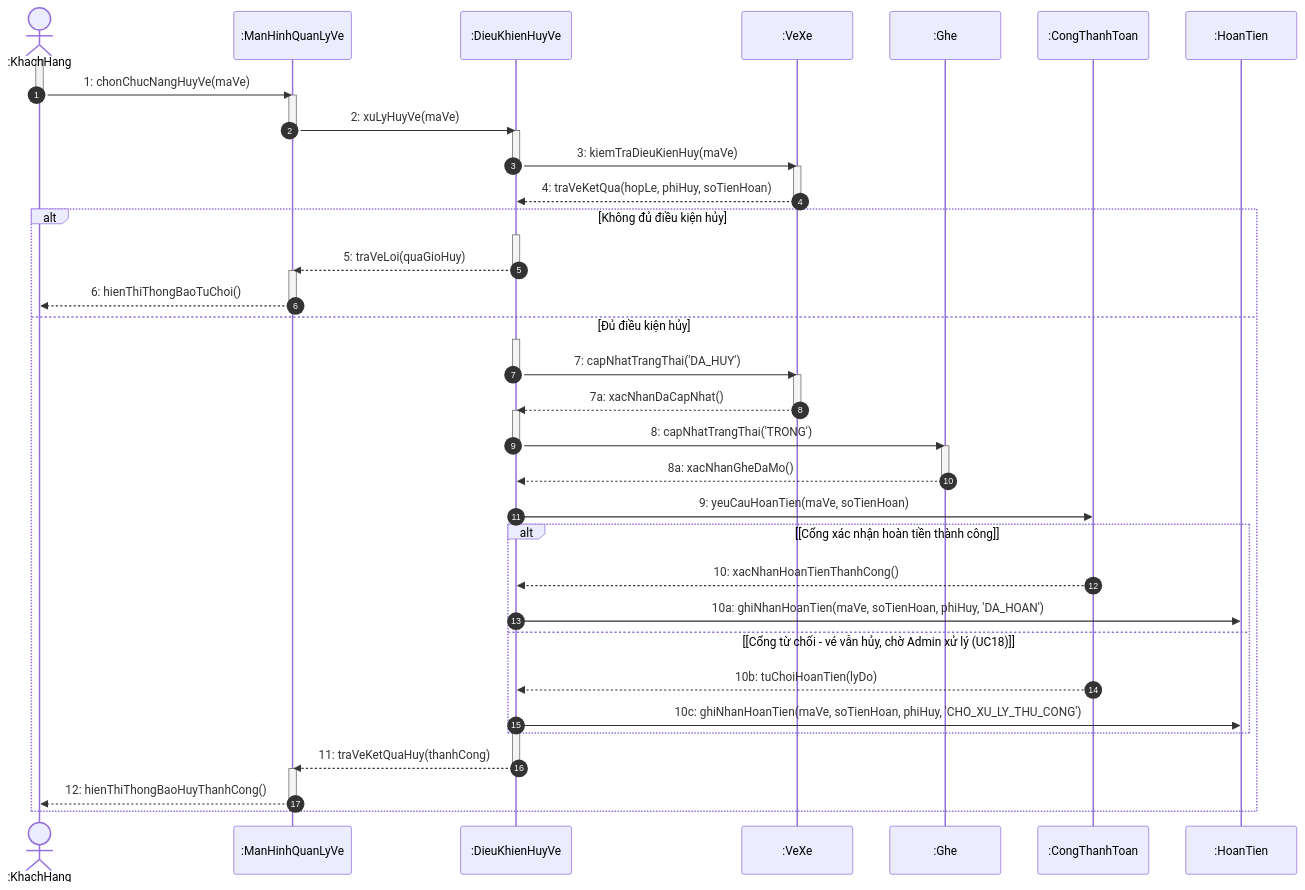
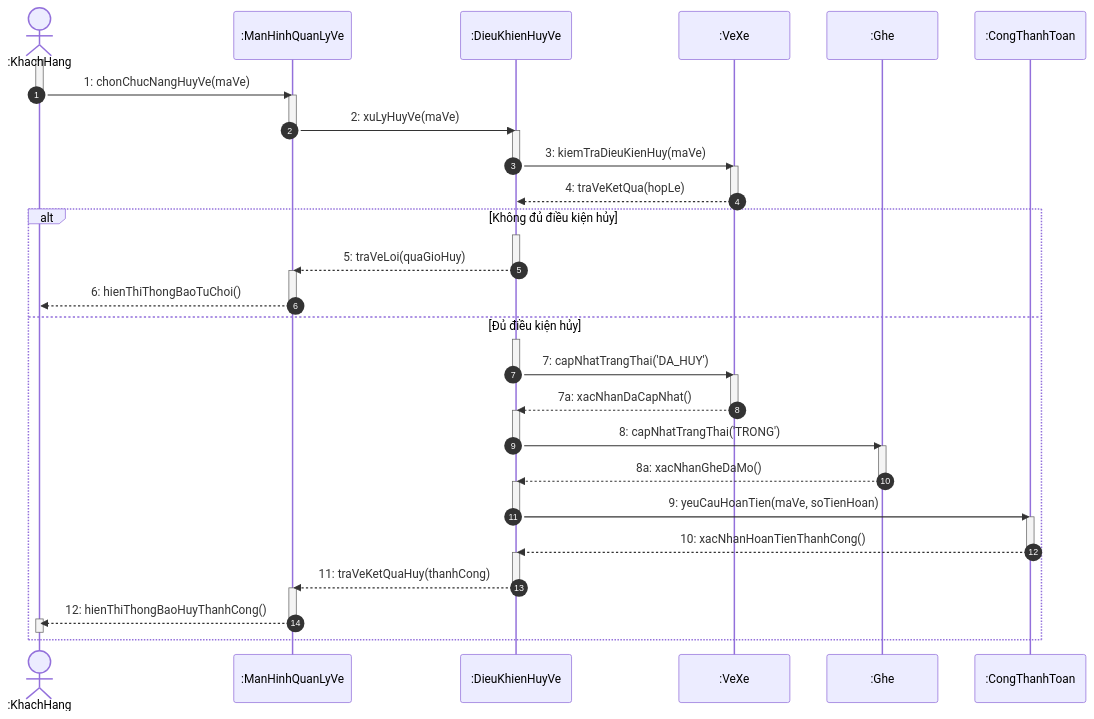
Before and after one commit to Longcodepro/Project_OOAD_HK1_2026-2027: the eighth of 20 diagrams in docs/sequence/Sequence_diagram.md, drawn with Mermaid. The commit also changed other lines of this file, not shown here.

Commit message:
Add 2.18 (UC18) in sequence diagram

````diff
--- a/docs/sequence/Sequence_diagram.md
+++ b/docs/sequence/Sequence_diagram.md
@@ -626,64 +615,63 @@
 ```mermaid
 sequenceDiagram
     autonumber
     actor KH as :KhachHang
     participant MH as :ManHinhQuanLyVe
     participant DK as :DieuKhienHuyVe
     participant VE as :VeXe
     participant GH as :Ghe
     participant CTT as :CongThanhToan
-    participant HT as :HoanTien
 
     activate KH
     KH ->> MH: 1: chonChucNangHuyVe(maVe)
     deactivate KH
     
     activate MH
     MH ->> DK: 2: xuLyHuyVe(maVe)
     deactivate MH
     activate DK
     DK ->> VE: 3: kiemTraDieuKienHuy(maVe)
     deactivate DK
     activate VE
-    VE -->> DK: 4: traVeKetQua(hopLe, phiHuy, soTienHoan)
+    VE -->> DK: 4: traVeKetQua(hopLe)
     deactivate VE
     
     alt Không đủ điều kiện hủy
         activate DK
         DK -->> MH: 5: traVeLoi(quaGioHuy)
         deactivate DK
         activate MH
         MH -->> KH: 6: hienThiThongBaoTuChoi()
         deactivate MH
     else Đủ điều kiện hủy
         activate DK
         DK ->> VE: 7: capNhatTrangThai('DA_HUY')
         deactivate DK
         activate VE
         VE -->> DK: 7a: xacNhanDaCapNhat()
         deactivate VE
 
         activate DK
         DK ->> GH: 8: capNhatTrangThai('TRONG')
         deactivate DK
         activate GH
         GH -->> DK: 8a: xacNhanGheDaMo()
         deactivate GH
         
+        activate DK
         DK ->> CTT: 9: yeuCauHoanTien(maVe, soTienHoan)
-        alt [Cổng xác nhận hoàn tiền thành công]
-            CTT -->> DK: 10: xacNhanHoanTienThanhCong()
-            DK ->> HT: 10a: ghiNhanHoanTien(maVe, soTienHoan, phiHuy, 'DA_HOAN')
-        else [Cổng từ chối - vé vẫn hủy, chờ Admin xử lý (UC18)]
-            CTT -->> DK: 10b: tuChoiHoanTien(lyDo)
-            DK ->> HT: 10c: ghiNhanHoanTien(maVe, soTienHoan, phiHuy, 'CHO_XU_LY_THU_CONG')
-        end
+        deactivate DK
+        activate CTT
+        CTT -->> DK: 10: xacNhanHoanTienThanhCong()
+        deactivate CTT
         
         activate DK
         DK -->> MH: 11: traVeKetQuaHuy(thanhCong)
         deactivate DK
         activate MH
         MH -->> KH: 12: hienThiThongBaoHuyThanhCong()
         deactivate MH
+        activate KH
+        deactivate KH
     end
 ```
````
